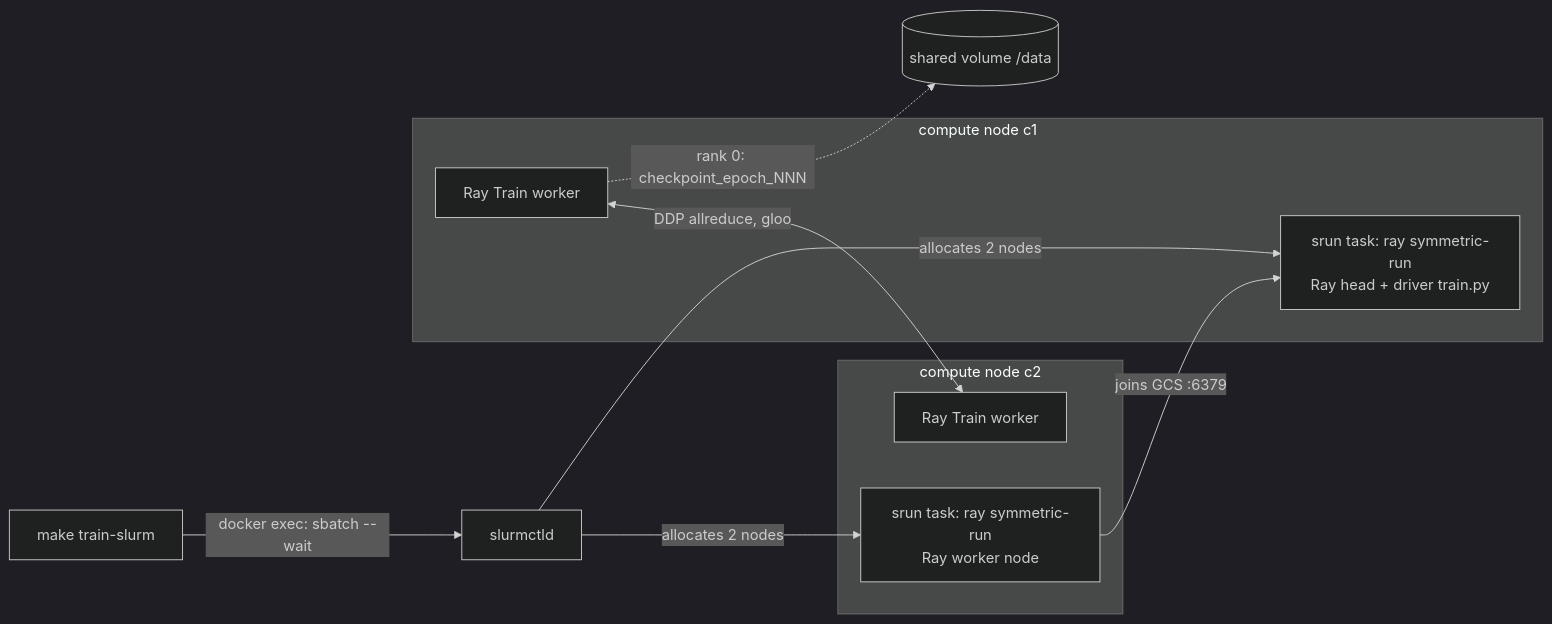
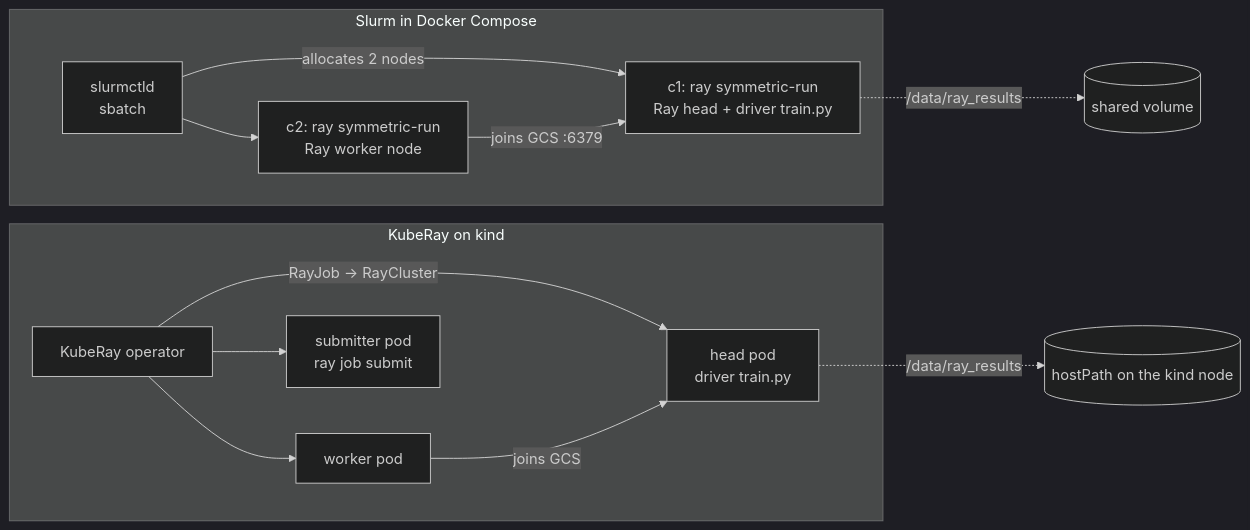
Before and after one commit to ZionOchayon/ray-slurm-vs-kuberay: the diagram in README.md, drawn with Mermaid (dark theme). The commit also changed other lines of this file and 1 other file, not shown here.

````diff
--- a/README.md
+++ b/README.md
@@ -34,18 +41,16 @@
 ```mermaid
 flowchart LR
-  dev["make train-slurm"] -->|"docker exec: sbatch --wait"| ctld["slurmctld"]
-  ctld -->|"allocates 2 nodes"| s1
-  ctld -->|"allocates 2 nodes"| s2
-  subgraph c1["compute node c1"]
-    s1["srun task: ray symmetric-run<br/>Ray head + driver train.py"]
-    w1["Ray Train worker"]
+  subgraph slurm["Slurm in Docker Compose"]
+    ctld["slurmctld<br/>sbatch"] -->|"allocates 2 nodes"| s1["c1: ray symmetric-run<br/>Ray head + driver train.py"]
+    ctld --> s2["c2: ray symmetric-run<br/>Ray worker node"]
+    s2 -->|"joins GCS :6379"| s1
   end
-  subgraph c2["compute node c2"]
-    s2["srun task: ray symmetric-run<br/>Ray worker node"]
-    w2["Ray Train worker"]
+  subgraph kind["KubeRay on kind"]
+    op["KubeRay operator"] -->|"RayJob → RayCluster"| head["head pod<br/>driver train.py"]
+    op --> wk["worker pod"]
+    op --> sub["submitter pod<br/>ray job submit"]
+    wk -->|"joins GCS"| head
   end
-  s2 -->|"joins GCS :6379"| s1
-  w1 <-->|"DDP allreduce, gloo"| w2
-  vol[("shared volume /data")]
-  w1 -.->|"rank 0: checkpoint_epoch_NNN"| vol
+  s1 -.->|"/data/ray_results"| vol[("shared volume")]
+  head -.->|"/data/ray_results"| hp[("hostPath on the kind node")]
 ```
````
